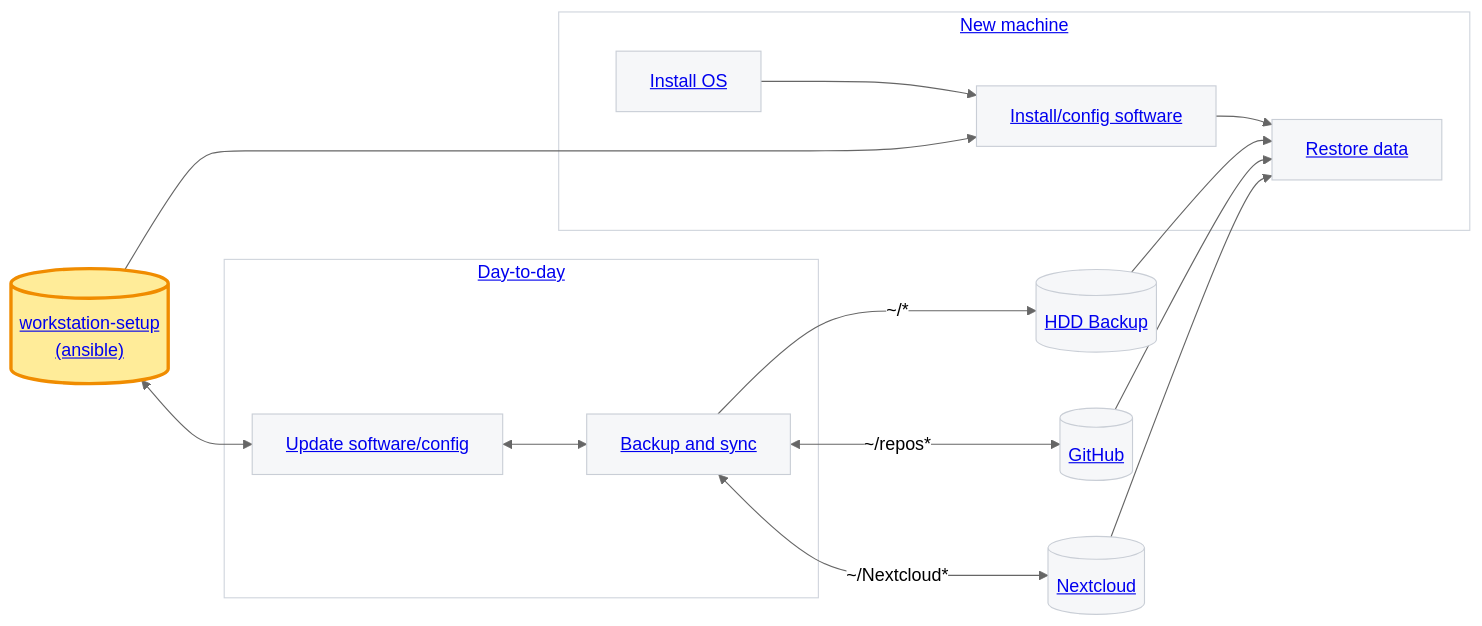
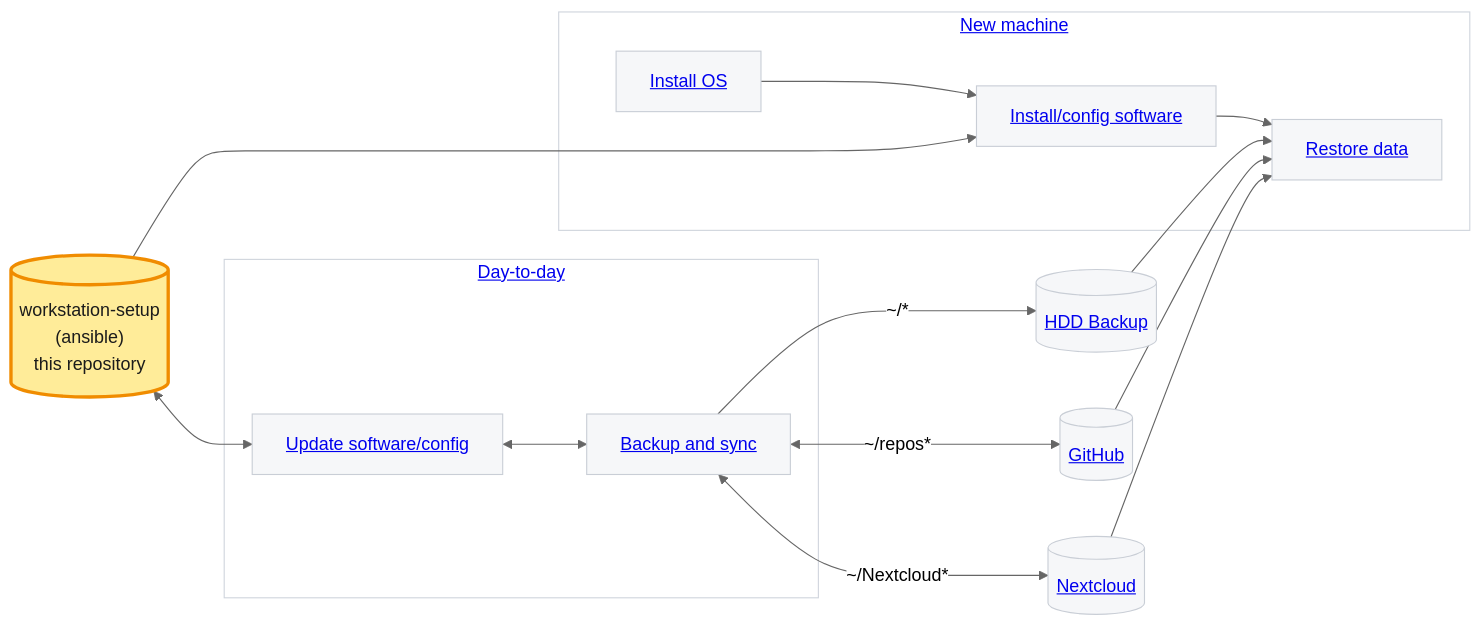
Before and after one commit to fs-ise/workstation-setup: the diagram in README.md, drawn with Mermaid (neutral theme). The commit also changed other lines of this file, not shown here.

````diff
--- a/README.md
+++ b/README.md
@@ -3,40 +57,40 @@
 ```mermaid
 flowchart LR
   %% External infrastructure (outside the subgraphs)
   GH[(<a href='#github'>GitHub</a>)]
   BK[(<a href='#hdd-backup'>HDD Backup</a>)]
   NC[(<a href='#nextcloud'>Nextcloud</a>)]
-  A[("<a href='#ansible-repo'>workstation-setup<br/>(ansible)</a>")]
+  A[("workstation-setup<br/>(ansible)<br/>this repository")]
 
   %% Day-to-day flow
   subgraph Daily["<a href='#day-to-day'>Day-to-day</a>"]
      AUpd["<a href='#update-software-config'>Update software/config</a>"] <--> S[<a href='#backup-and-sync'>Backup and sync</a>]
   end
   A <--> AUpd
   S -- ~/* --> BK
   S <-- ~/repos* --> GH
   S <-- ~/Nextcloud* --> NC
 
   %% New machine flow
   subgraph New["<a href='#new-machine'>New machine</a>"]
     OS[<a href='#preparation'>Install OS</a>]
     OS --> AInst["<a href='#install'>Install/config software</a>"] --> R
     R[<a href='#restore'>Restore data</a>]
   end
   A --> AInst
 
   BK --> R
   GH --> R
   NC --> R
 
   %% Styling
   classDef highlight fill:#ffec99,stroke:#f08c00,stroke-width:3px,color:#1b1b1b;
   classDef muted fill:#f6f7f9,stroke:#c9ced6,stroke-width:1px,color:#2b2b2b;
 
   class A highlight;
   class GH,BK,NC,AUpd,S,OS,AInst,R muted;
 
   %% Optional: soften subgraph borders
   style Daily fill:#ffffff,stroke:#d0d5dd,stroke-width:1px;
   style New fill:#ffffff,stroke:#d0d5dd,stroke-width:1px;
 ```
````
